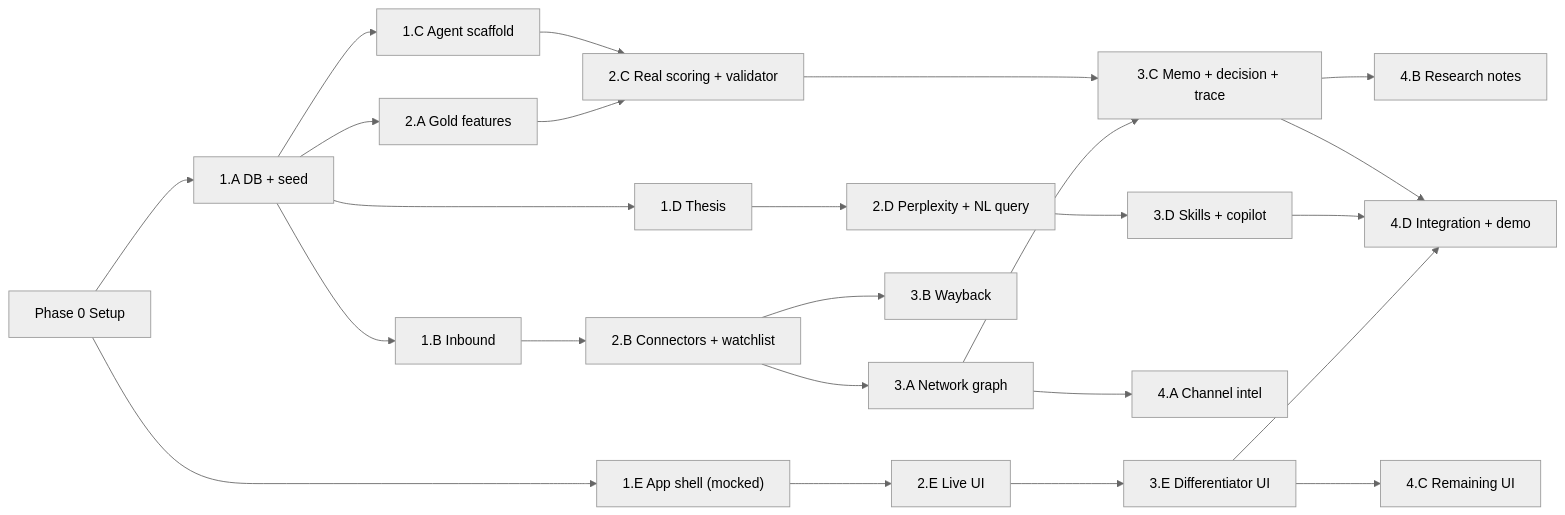
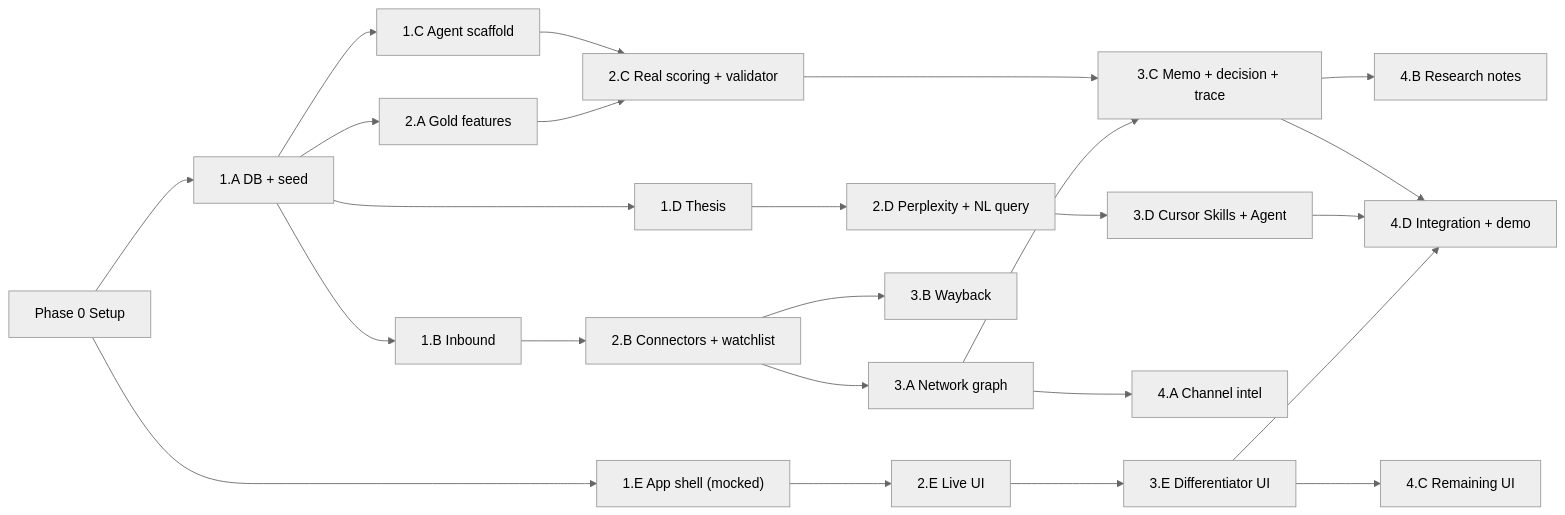
The diagram in docs/08-IMPLEMENTATION-PLAN.md (dhairyaameria/hack-nation), drawn with Mermaid (neutral theme) before and after one commit. The commit also changed other lines of this file and 37 other files, not shown here.

````diff
--- a/docs/08-IMPLEMENTATION-PLAN.md
+++ b/docs/08-IMPLEMENTATION-PLAN.md
@@ -175,19 +176,19 @@
 ```mermaid
 flowchart LR
     P0["Phase 0 Setup"] --> W1A["1.A DB + seed"]
     P0 --> W1E["1.E App shell (mocked)"]
     W1A --> W1B["1.B Inbound"] & W1C["1.C Agent scaffold"] & W1D["1.D Thesis"]
     W1A --> W2A["2.A Gold features"]
     W1B --> W2B["2.B Connectors + watchlist"]
     W1C --> W2C["2.C Real scoring + validator"]
     W1D --> W2D["2.D Perplexity + NL query"]
     W2A --> W2C
     W2B --> W3A["3.A Network graph"] & W3B["3.B Wayback"]
     W2C --> W3C["3.C Memo + decision + trace"]
-    W2D --> W3D["3.D Skills + copilot"]
+    W2D --> W3D["3.D Cursor Skills + Agent"]
     W3A --> W3C
     W3C --> W4B["4.B Research notes"]
     W3A --> W4A["4.A Channel intel"]
     W1E --> W2E["2.E Live UI"] --> W3E["3.E Differentiator UI"] --> W4C["4.C Remaining UI"]
     W3C & W3D & W3E --> W4D["4.D Integration + demo"]
 ```
````
